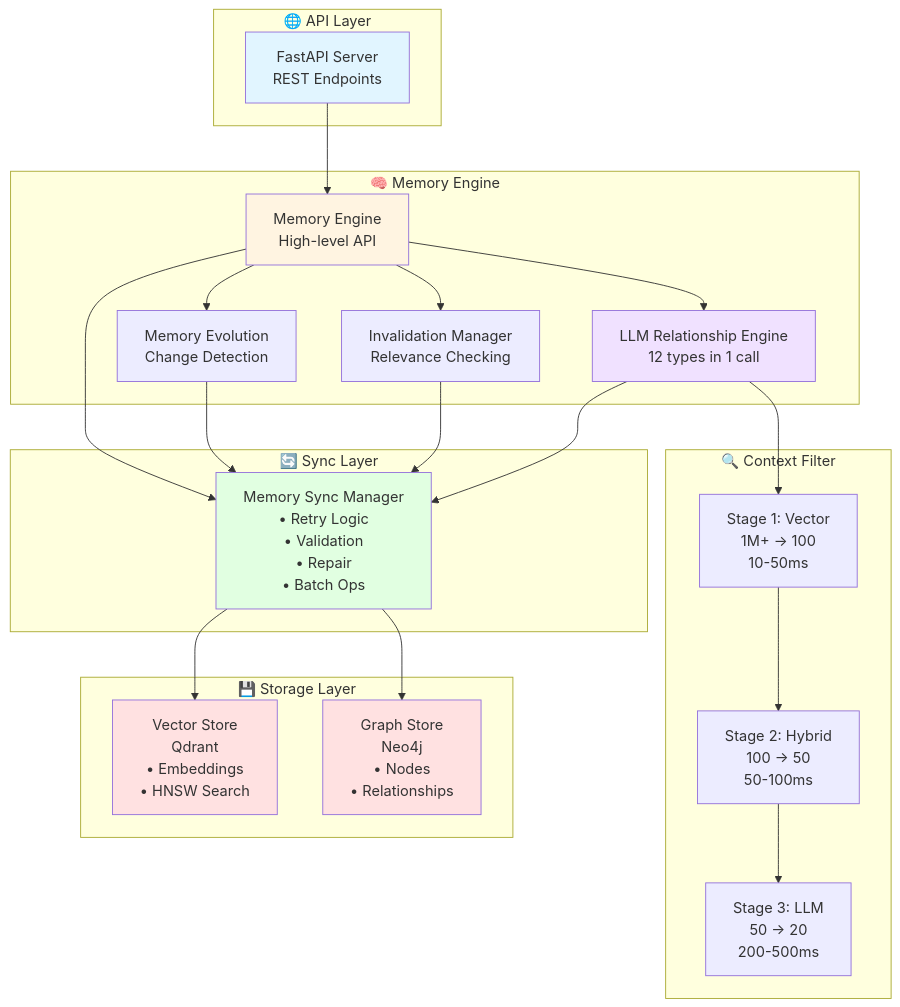
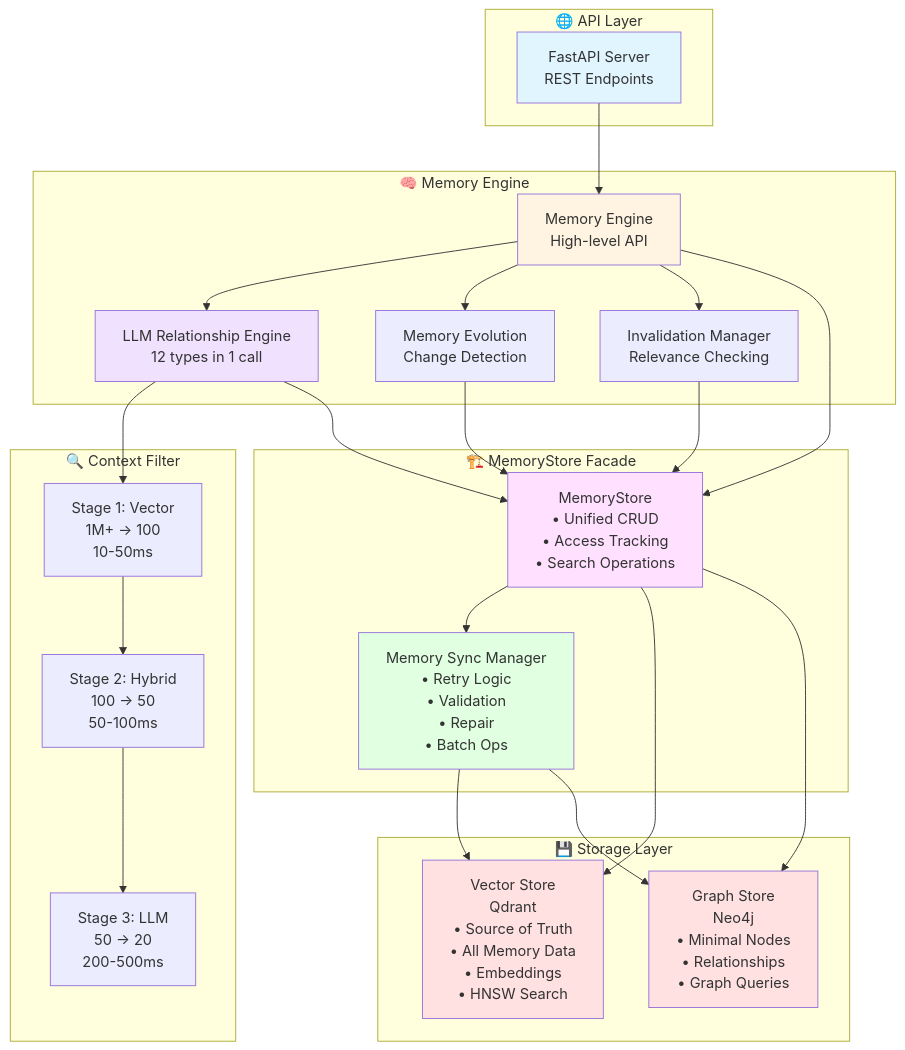
One commit to vakharwalad23/MnemoGraph changed the diagram in README.md. Above: the diagram before and after it, drawn with Mermaid. The commit also changed other lines of this file, not shown here.

Commit message:
refactor: update README to reflect recent architectural improvements, including MemoryStore facade, unified access patterns, and enhanced error handling

````diff
--- a/README.md
+++ b/README.md
@@ -50,52 +53,57 @@
 ```mermaid
 graph TB
     subgraph API["🌐 API Layer"]
         FastAPI["FastAPI Server<br/>REST Endpoints"]
     end
 
     subgraph Engine["🧠 Memory Engine"]
         MemEngine["Memory Engine<br/>High-level API"]
         LLMRel["LLM Relationship Engine<br/>12 types in 1 call"]
         Evolution["Memory Evolution<br/>Change Detection"]
         Invalid["Invalidation Manager<br/>Relevance Checking"]
     end
 
     subgraph Filter["🔍 Context Filter"]
         Stage1["Stage 1: Vector<br/>1M+ → 100<br/>10-50ms"]
         Stage2["Stage 2: Hybrid<br/>100 → 50<br/>50-100ms"]
         Stage3["Stage 3: LLM<br/>50 → 20<br/>200-500ms"]
     end
 
-    subgraph Sync["🔄 Sync Layer"]
+    subgraph Facade["🏗️ MemoryStore Facade"]
+        MemStore["MemoryStore<br/>• Unified CRUD<br/>• Access Tracking<br/>• Search Operations"]
         SyncMgr["Memory Sync Manager<br/>• Retry Logic<br/>• Validation<br/>• Repair<br/>• Batch Ops"]
     end
 
     subgraph Storage["💾 Storage Layer"]
-        Vector["Vector Store<br/>Qdrant<br/>• Embeddings<br/>• HNSW Search"]
-        Graph["Graph Store<br/>Neo4j<br/>• Nodes<br/>• Relationships"]
+        Vector["Vector Store<br/>Qdrant<br/>• Source of Truth<br/>• All Memory Data<br/>• Embeddings<br/>• HNSW Search"]
+        Graph["Graph Store<br/>Neo4j<br/>• Minimal Nodes<br/>• Relationships<br/>• Graph Queries"]
     end
 
     FastAPI --> MemEngine
     MemEngine --> LLMRel
     MemEngine --> Evolution
     MemEngine --> Invalid
 
     LLMRel --> Stage1
     Stage1 --> Stage2
     Stage2 --> Stage3
 
-    MemEngine --> SyncMgr
+    MemEngine --> MemStore
+    LLMRel --> MemStore
+    Evolution --> MemStore
+    Invalid --> MemStore
+
+    MemStore --> SyncMgr
+    MemStore --> Vector
+    MemStore --> Graph
     SyncMgr --> Vector
     SyncMgr --> Graph
-
-    Evolution --> SyncMgr
-    Invalid --> SyncMgr
-    LLMRel --> SyncMgr
 
     style FastAPI fill:#e1f5ff
     style MemEngine fill:#fff4e1
     style LLMRel fill:#f0e1ff
+    style MemStore fill:#ffe1ff
     style SyncMgr fill:#e1ffe1
     style Vector fill:#ffe1e1
     style Graph fill:#ffe1e1
 ```
````
